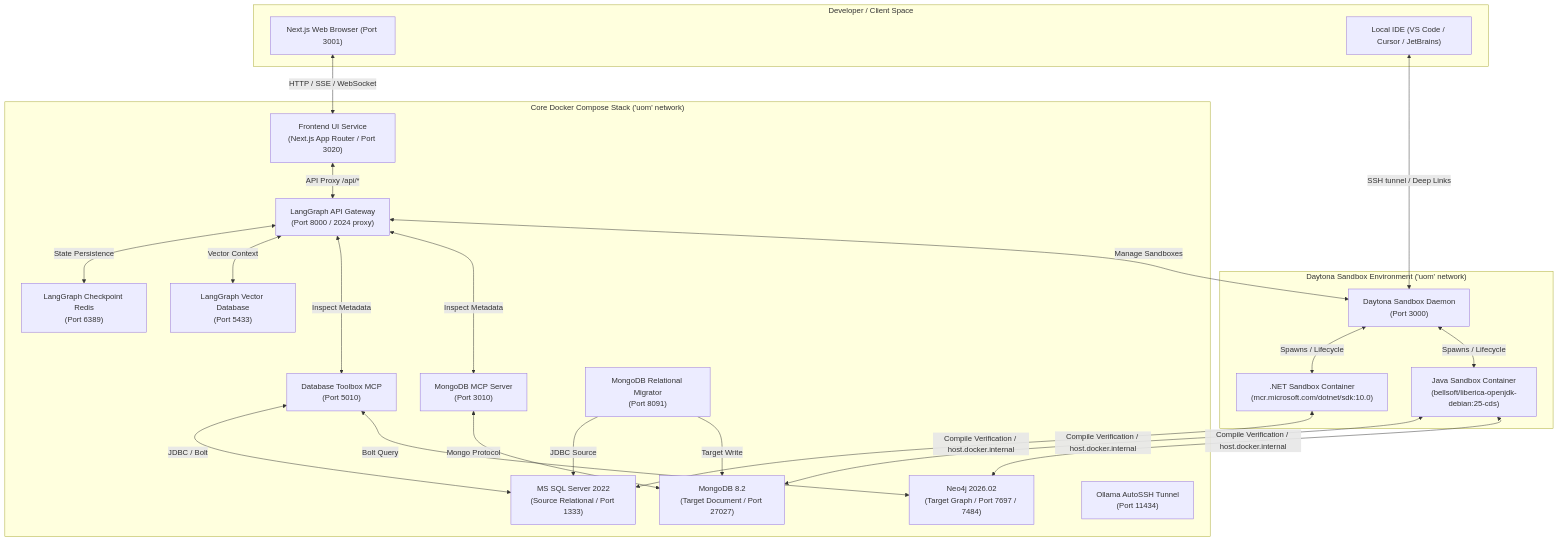
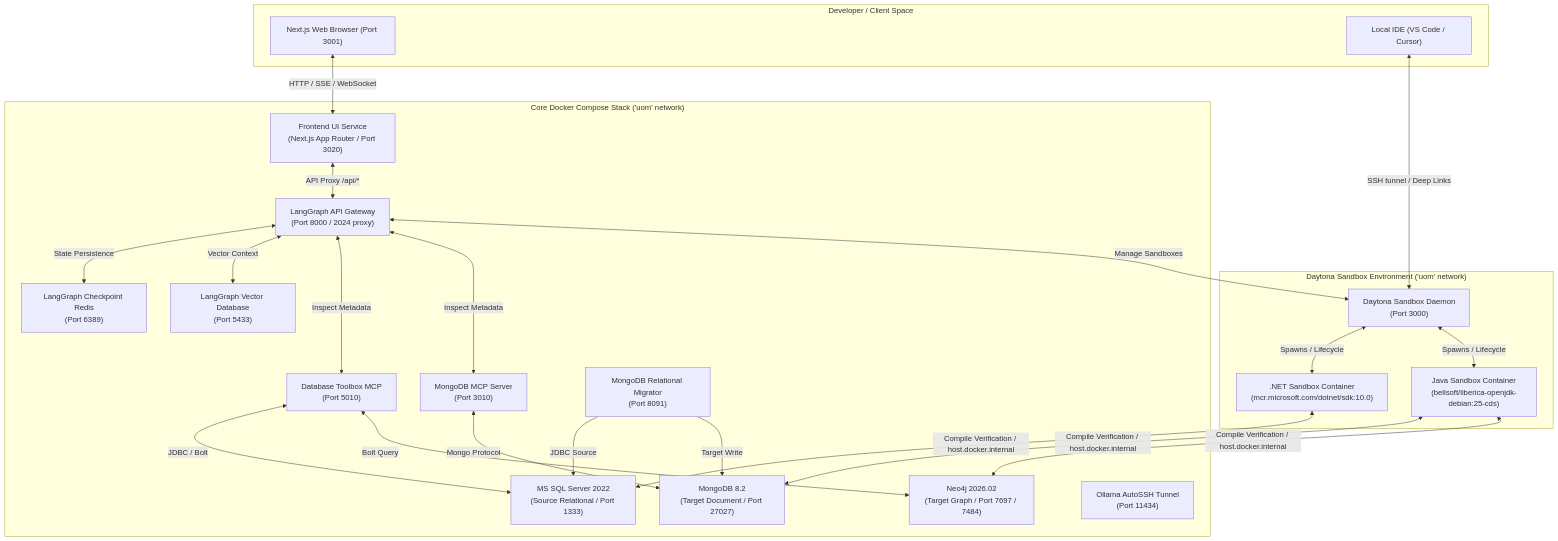
One commit to corovcam/Universal-Object-Mapping changed the diagram in docs/devops/devops.md. Above: the diagram before and after it, drawn with Mermaid. The commit also changed 15 other files, not shown here.

````diff
--- a/docs/devops/devops.md
+++ b/docs/devops/devops.md
@@ -13,60 +13,60 @@
 ```mermaid
 flowchart TD
     subgraph ClientSpace ["Developer / Client Space"]
         Browser["Next.js Web Browser (Port 3001)"]
-        IDE["Local IDE (VS Code / Cursor / JetBrains)"]
+        IDE["Local IDE (VS Code / Cursor)"]
     end
 
     subgraph CoreCompose ["Core Docker Compose Stack ('uom' network)"]
         frontend["Frontend UI Service<br/>(Next.js App Router / Port 3020)"]
         langgraph_api["LangGraph API Gateway<br/>(Port 8000 / 2024 proxy)"]
         redis["LangGraph Checkpoint Redis<br/>(Port 6389)"]
         postgres["LangGraph Vector Database<br/>(Port 5433)"]
         
         db_toolbox["Database Toolbox MCP<br/>(Port 5010)"]
         mongodb_mcp["MongoDB MCP Server<br/>(Port 3010)"]
         
         mssql_db["MS SQL Server 2022<br/>(Source Relational / Port 1333)"]
         mongodb["MongoDB 8.2<br/>(Target Document / Port 27027)"]
         neo4j["Neo4j 2026.02<br/>(Target Graph / Port 7697 / 7484)"]
         
         migrator["MongoDB Relational Migrator<br/>(Port 8091)"]
         tunnel["Ollama AutoSSH Tunnel<br/>(Port 11434)"]
     end
 
     subgraph DaytonaEnv ["Daytona Sandbox Environment ('uom' network)"]
         daytona_daemon["Daytona Sandbox Daemon<br/>(Port 3000)"]
         dotnet_sandbox[".NET Sandbox Container<br/>(mcr.microsoft.com/dotnet/sdk:10.0)"]
         java_sandbox["Java Sandbox Container<br/>(bellsoft/liberica-openjdk-debian:25-cds)"]
     end
 
     %% Client Interactions
     Browser <-->|HTTP / SSE / WebSocket| frontend
     frontend <-->|API Proxy /api/*| langgraph_api
     IDE <-->|SSH tunnel / Deep Links| daytona_daemon
 
     %% Core Services Communication
     langgraph_api <-->|State Persistence| redis
     langgraph_api <-->|Vector Context| postgres
     langgraph_api <-->|Inspect Metadata| db_toolbox
     langgraph_api <-->|Inspect Metadata| mongodb_mcp
     langgraph_api <-->|Manage Sandboxes| daytona_daemon
 
     %% MCP to Databases
     db_toolbox <-->|JDBC / Bolt| mssql_db
     db_toolbox <-->|Bolt Query| neo4j
     mongodb_mcp <-->|Mongo Protocol| mongodb
 
     %% Sandbox execution
     daytona_daemon <-->|Spawns / Lifecycle| dotnet_sandbox
     daytona_daemon <-->|Spawns / Lifecycle| java_sandbox
     
     %% Compiler container connection
     dotnet_sandbox <-->|Compile Verification / host.docker.internal| mssql_db
     java_sandbox <-->|Compile Verification / host.docker.internal| mongodb
     java_sandbox <-->|Compile Verification / host.docker.internal| neo4j
 
     %% ETL Flows
     migrator -->|JDBC Source| mssql_db
     migrator -->|Target Write| mongodb
 ```
````
